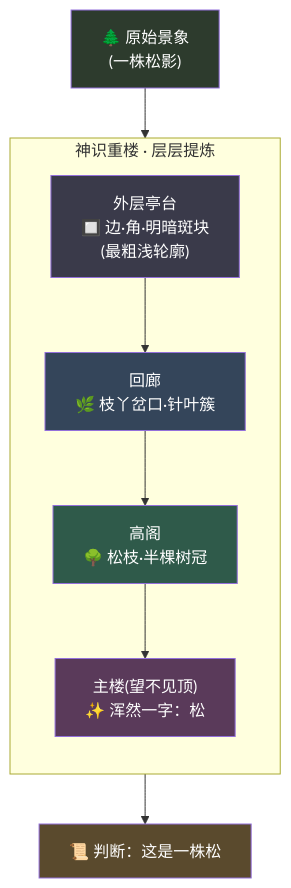
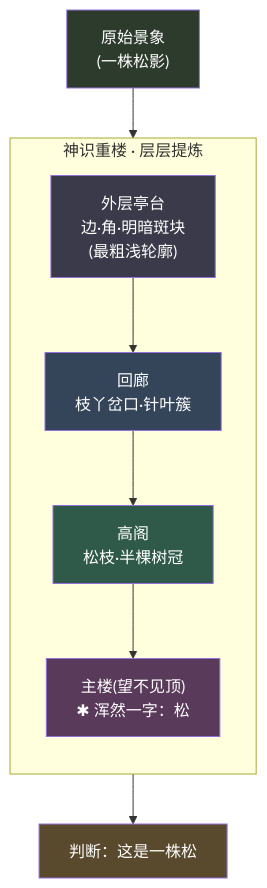
The diagram in docs/09_STORY_修仙学AI/STORY-化神/[STORY-章节-122] 第08章 化神·神识重楼.md (luckykhy/KhyAiHub), drawn with Mermaid before and after one commit. The commit also changed other lines of this file and 19 other files, not shown here.

````diff
--- a/docs/09_STORY_修仙学AI/STORY-化神/[STORY-章节-122] 第08章 化神·神识重楼.md
+++ b/docs/09_STORY_修仙学AI/STORY-化神/[STORY-章节-122] 第08章 化神·神识重楼.md
@@ -73,18 +73,18 @@
 ```mermaid
 flowchart TB
-    IN["🌲 原始景象<br/>(一株松影)"] --> L1
+    IN["原始景象<br/>(一株松影)"] --> L1
     subgraph 神识重楼["神识重楼 · 层层提炼"]
         direction TB
-        L1["外层亭台<br/>🔲 边·角·明暗斑块<br/>(最粗浅轮廓)"] --> L2
-        L2["回廊<br/>🌿 枝丫岔口·针叶簇"] --> L3
-        L3["高阁<br/>🌳 松枝·半棵树冠"] --> L4
-        L4["主楼(望不见顶)<br/>✨ 浑然一字：松"]
+        L1["外层亭台<br/>边·角·明暗斑块<br/>(最粗浅轮廓)"] --> L2
+        L2["回廊<br/>枝丫岔口·针叶簇"] --> L3
+        L3["高阁<br/>松枝·半棵树冠"] --> L4
+        L4["主楼(望不见顶)<br/>✱ 浑然一字：松"]
     end
-    L4 --> OUT["📜 判断：这是一株松"]
+    L4 --> OUT["判断：这是一株松"]
     style IN fill:#2d3b2d,color:#fff
     style L1 fill:#3a3a4a,color:#fff
     style L2 fill:#34455a,color:#fff
     style L3 fill:#2f5a4a,color:#fff
     style L4 fill:#5a3a5a,color:#fff
     style OUT fill:#5a4a2d,color:#fff
 ```
````
